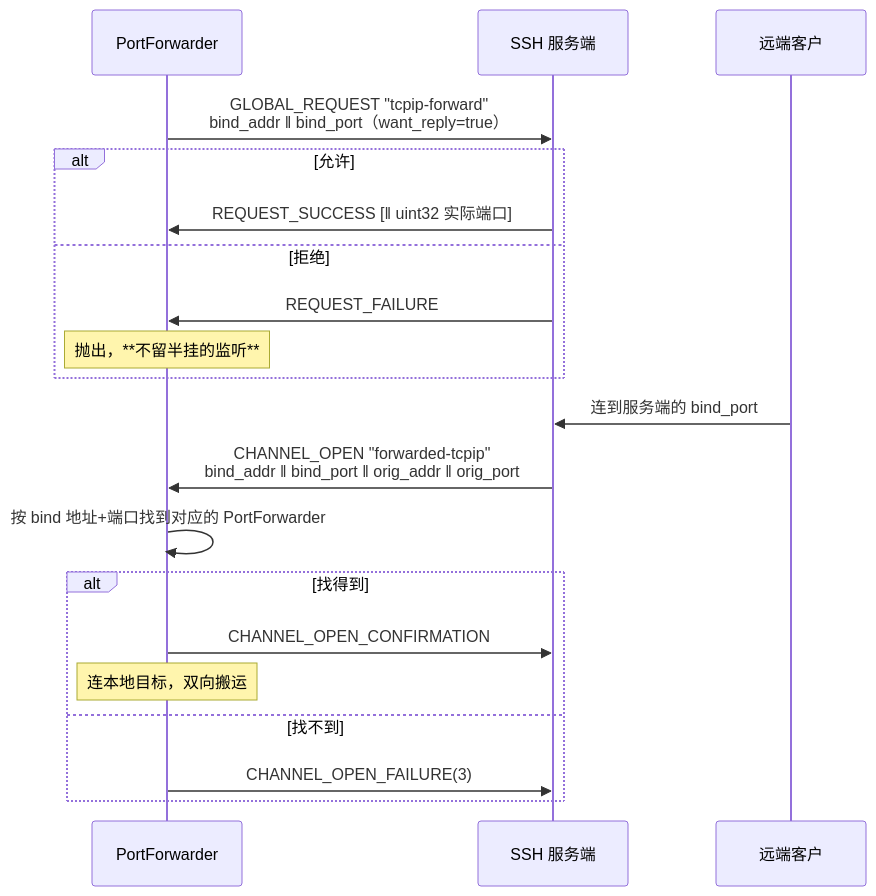
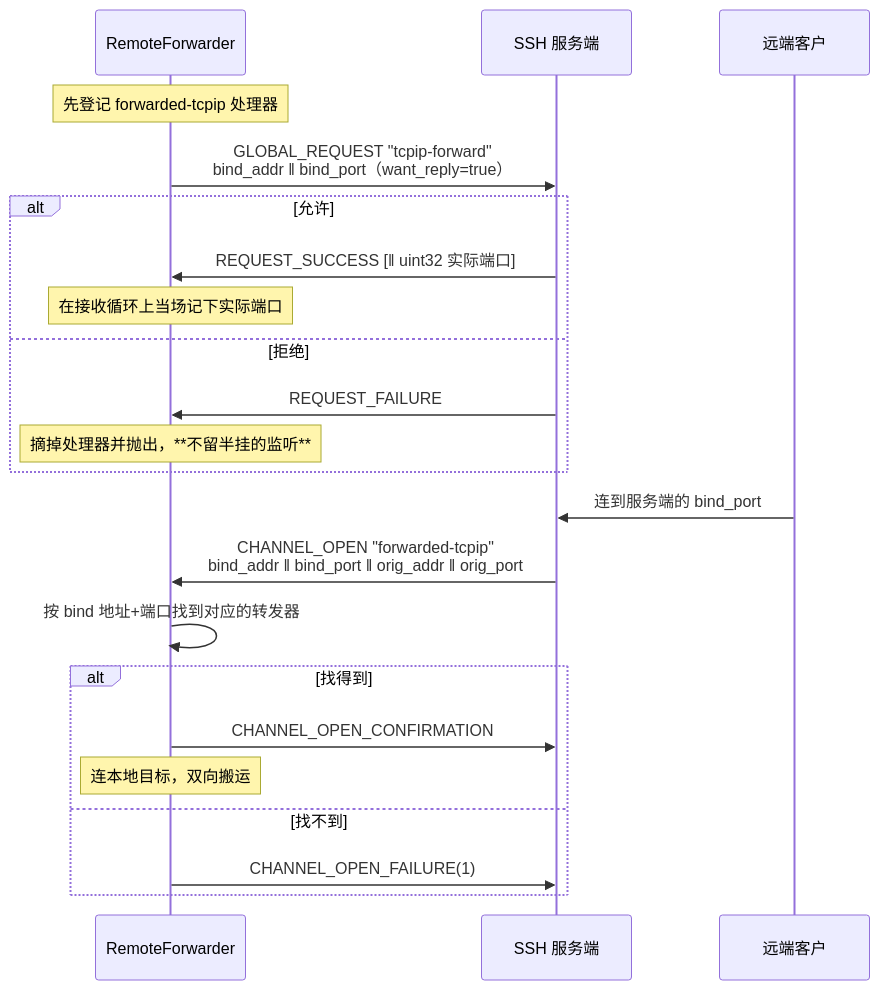
The second of 2 diagrams in zh/ssh/spec/07-forwarding.md (VelaShellLabs/velashell-docs), drawn with Mermaid before and after one commit. The commit also changed other lines of this file and 19 other files, not shown here.

````diff
--- a/zh/ssh/spec/07-forwarding.md
+++ b/zh/ssh/spec/07-forwarding.md
@@ -141,24 +191,26 @@
 ```mermaid
 sequenceDiagram
-    participant F as PortForwarder
+    participant F as RemoteForwarder
     participant S as SSH 服务端
     participant R as 远端客户
 
+    Note over F: 先登记 forwarded-tcpip 处理器
     F->>S: GLOBAL_REQUEST "tcpip-forward"<br/>bind_addr ‖ bind_port（want_reply=true）
     alt 允许
         S->>F: REQUEST_SUCCESS [‖ uint32 实际端口]
+        Note over F: 在接收循环上当场记下实际端口
     else 拒绝
         S->>F: REQUEST_FAILURE
-        Note over F: 抛出，**不留半挂的监听**
+        Note over F: 摘掉处理器并抛出，**不留半挂的监听**
     end
 
     R->>S: 连到服务端的 bind_port
     S->>F: CHANNEL_OPEN "forwarded-tcpip"<br/>bind_addr ‖ bind_port ‖ orig_addr ‖ orig_port
-    F->>F: 按 bind 地址+端口找到对应的 PortForwarder
+    F->>F: 按 bind 地址+端口找到对应的转发器
     alt 找得到
         F->>S: CHANNEL_OPEN_CONFIRMATION
         Note over F: 连本地目标，双向搬运
     else 找不到
-        F->>S: CHANNEL_OPEN_FAILURE(3)
+        F->>S: CHANNEL_OPEN_FAILURE(1)
     end
 ```
````
